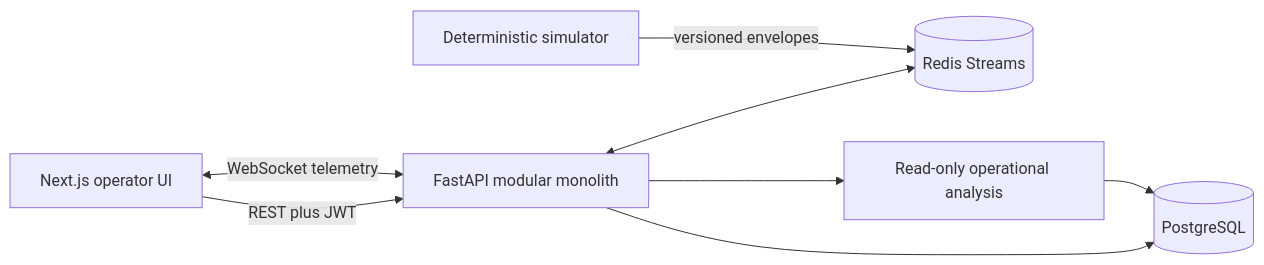
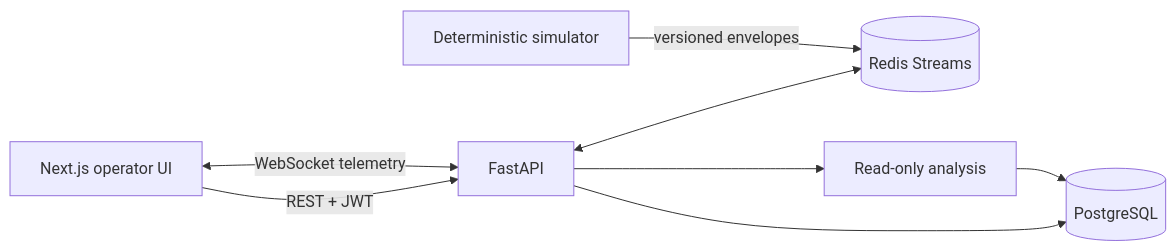
One commit to SakoBagz/Sentinel changed the diagram in README.md. Above: the diagram before and after it, drawn with Mermaid. The commit also changed other lines of this file and 11 other files, not shown here.

````diff
--- a/README.md
+++ b/README.md
@@ -52,10 +54,10 @@
 ```mermaid
 flowchart LR
-    UI[Next.js operator UI] -->|REST plus JWT| API[FastAPI modular monolith]
+    UI[Next.js operator UI] -->|REST + JWT| API[FastAPI]
     UI <-->|WebSocket telemetry| API
     API --> DB[(PostgreSQL)]
     API <--> STREAM[(Redis Streams)]
     SIM[Deterministic simulator] -->|versioned envelopes| STREAM
-    API --> ANALYSIS[Read-only operational analysis]
+    API --> ANALYSIS[Read-only analysis]
     ANALYSIS --> DB
 ```
````
